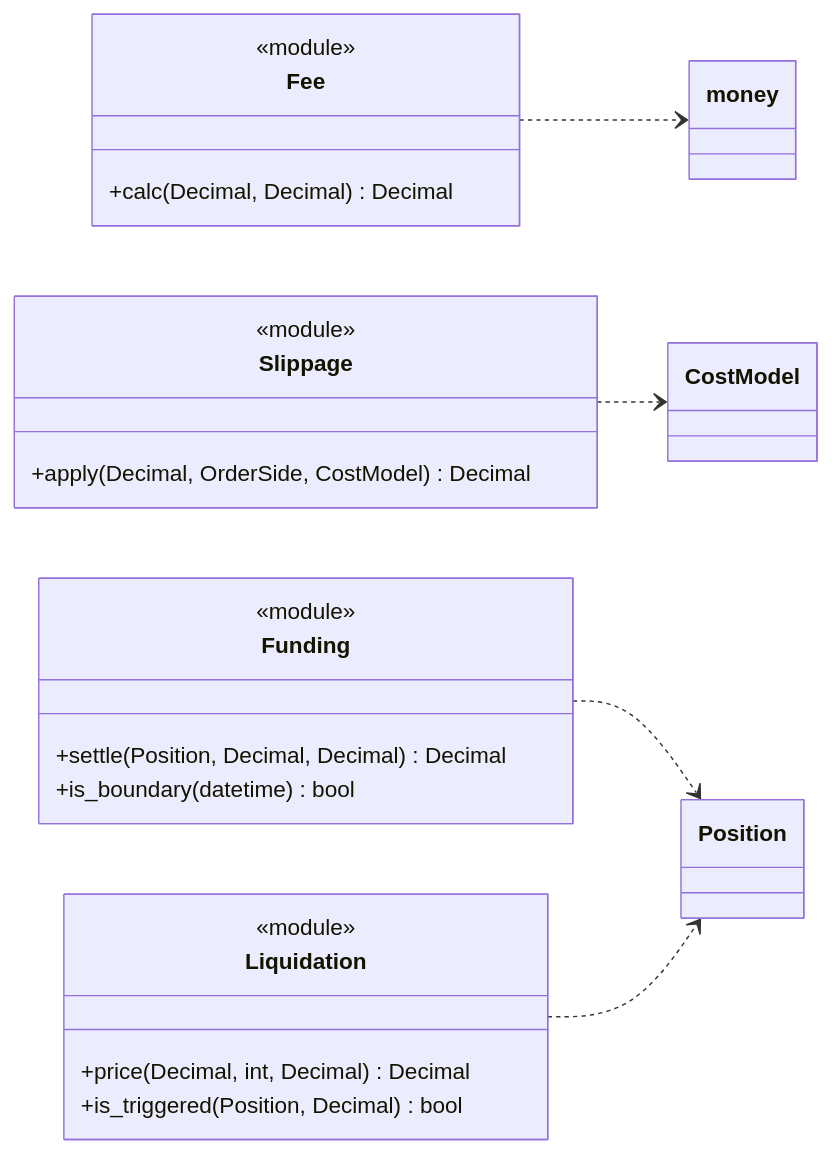
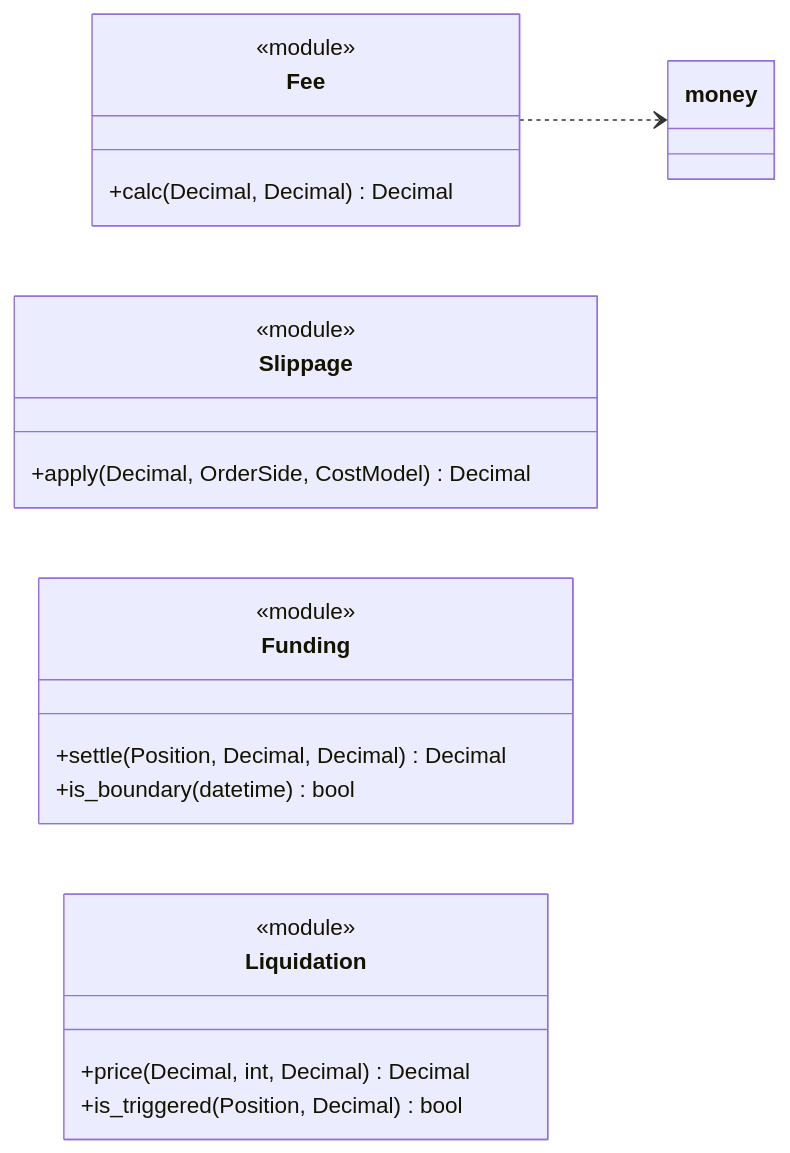
Diagram 13 of 17 in docs/fullspec/backtest_v2_detailed_design.md (vessel35/trading-system-v2), drawn with Mermaid before and after one commit. The commit also changed other lines of this file, not shown here.

First line of the commit message:
docs(b-corelib-classes): §4 전 다이어그램 중복 의존 화살표 정리 동기화(정본 e79c35d 미러)

````diff
--- a/docs/fullspec/backtest_v2_detailed_design.md
+++ b/docs/fullspec/backtest_v2_detailed_design.md
@@ -1806,26 +1794,23 @@
 ```mermaid
 classDiagram
     direction LR
     class Fee {
         <<module>>
         +calc(Decimal, Decimal) Decimal
     }
     class Slippage {
         <<module>>
         +apply(Decimal, OrderSide, CostModel) Decimal
     }
     class Funding {
         <<module>>
         +settle(Position, Decimal, Decimal) Decimal
         +is_boundary(datetime) bool
     }
     class Liquidation {
         <<module>>
         +price(Decimal, int, Decimal) Decimal
         +is_triggered(Position, Decimal) bool
     }
     Fee ..> money
-    Slippage ..> CostModel
-    Funding ..> Position
-    Liquidation ..> Position
 ```
````
